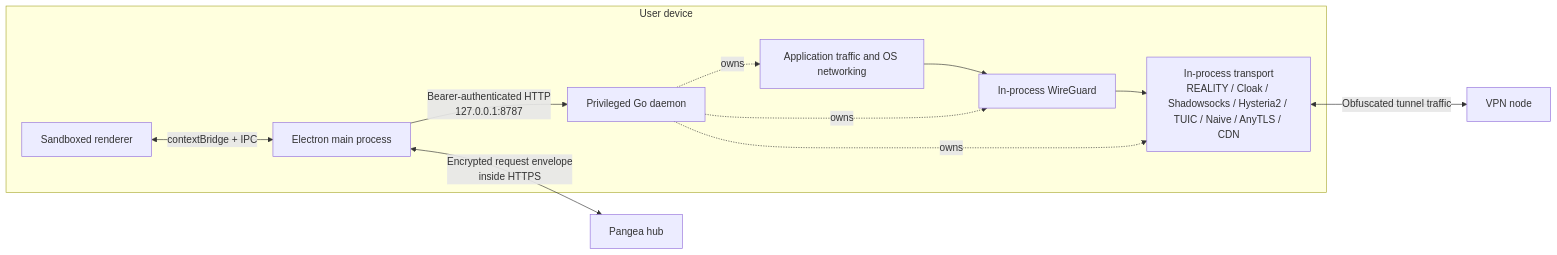
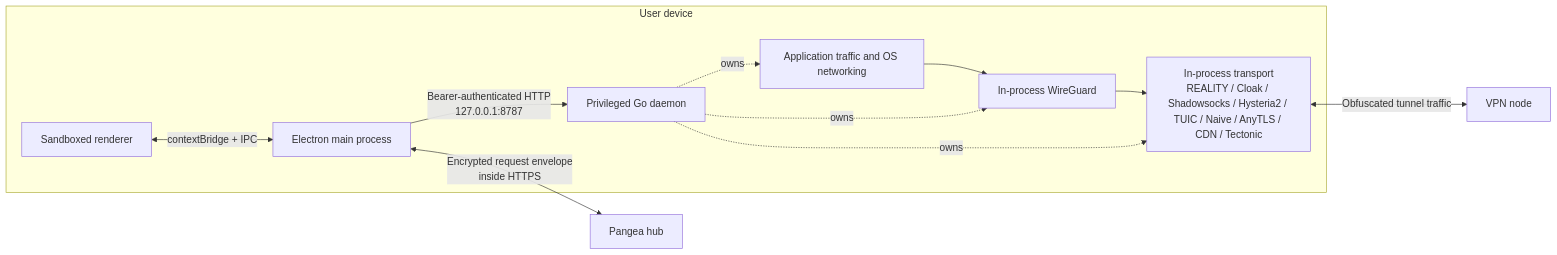
Before and after one commit to pangeavpn/pangeavpn-app: the first of 3 diagrams in docs/architecture.md, drawn with Mermaid. The commit also changed other lines of this file and 3 other files, not shown here.

First line of the commit message:
docs: introduce Tectonic as a beta transport and update the auto order

````diff
--- a/docs/architecture.md
+++ b/docs/architecture.md
@@ -42,15 +42,15 @@
 ```mermaid
 flowchart LR
     subgraph Device[User device]
         Renderer[Sandboxed renderer] <-->|contextBridge + IPC| Main[Electron main process]
         Main -->|Bearer-authenticated HTTP<br/>127.0.0.1:8787| Daemon[Privileged Go daemon]
         OS[Application traffic and OS networking] --> WG[In-process WireGuard]
-        WG --> Transport[In-process transport<br/>REALITY / Cloak / Shadowsocks / Hysteria2 / TUIC / Naive / AnyTLS / CDN]
+        WG --> Transport[In-process transport<br/>REALITY / Cloak / Shadowsocks / Hysteria2 / TUIC / Naive / AnyTLS / CDN / Tectonic]
         Daemon -. owns .-> OS
         Daemon -. owns .-> WG
         Daemon -. owns .-> Transport
     end
 
     Main <-->|Encrypted request envelope<br/>inside HTTPS| Hub[Pangea hub]
     Transport <-->|Obfuscated tunnel traffic| Node[VPN node]
 ```
````
